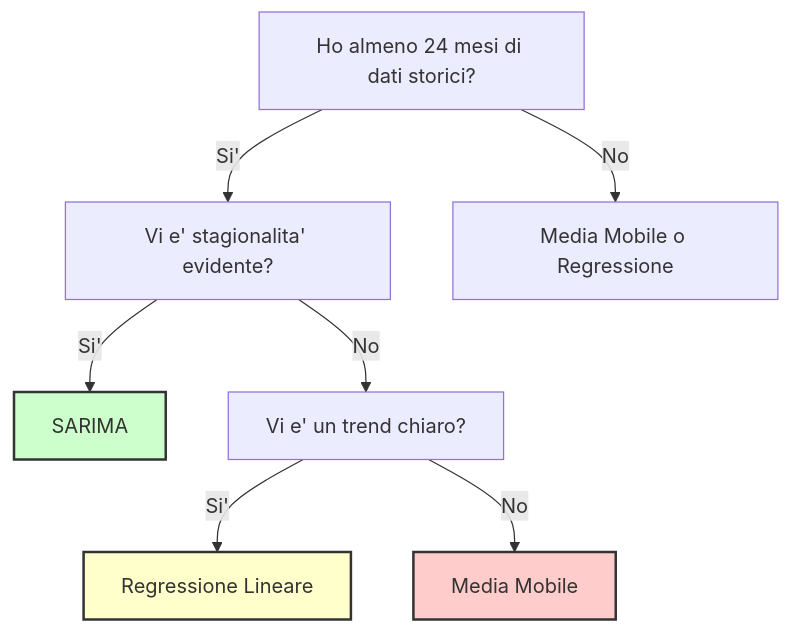
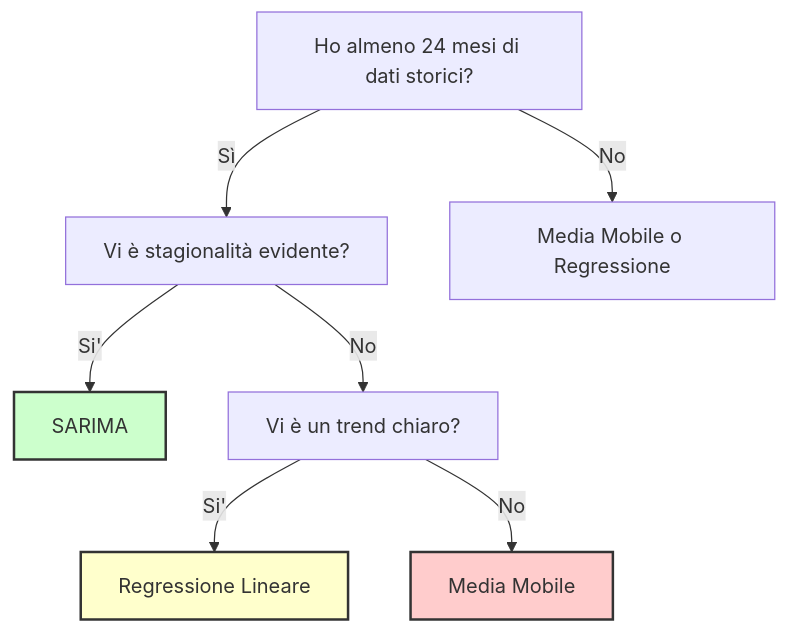
Before and after one commit to AndreyBertasini/gynnitech: the diagram in src/content/blog/forecast-vendite.mdx, drawn with Mermaid. The commit also changed other lines of this file and 77 other files, not shown here.

````diff
--- a/src/content/blog/forecast-vendite.mdx
+++ b/src/content/blog/forecast-vendite.mdx
@@ -287,14 +287,14 @@
 ```mermaid
 graph TD
     A["Ho almeno 24 mesi di dati storici?"]
-    A -- Si' --> B["Vi e' stagionalita' evidente?"]
+    A -- Sì --> B["Vi è stagionalità evidente?"]
     A -- No --> C["Media Mobile o Regressione"]
     B -- Si' --> D["SARIMA"]
-    B -- No --> E["Vi e' un trend chiaro?"]
+    B -- No --> E["Vi è un trend chiaro?"]
     E -- Si' --> F["Regressione Lineare"]
     E -- No --> G["Media Mobile"]
 
     style D fill:#ccffcc,stroke:#333,stroke-width:2px;
     style F fill:#ffffcc,stroke:#333,stroke-width:2px;
     style G fill:#ffcccc,stroke:#333,stroke-width:2px;
 ```
````
